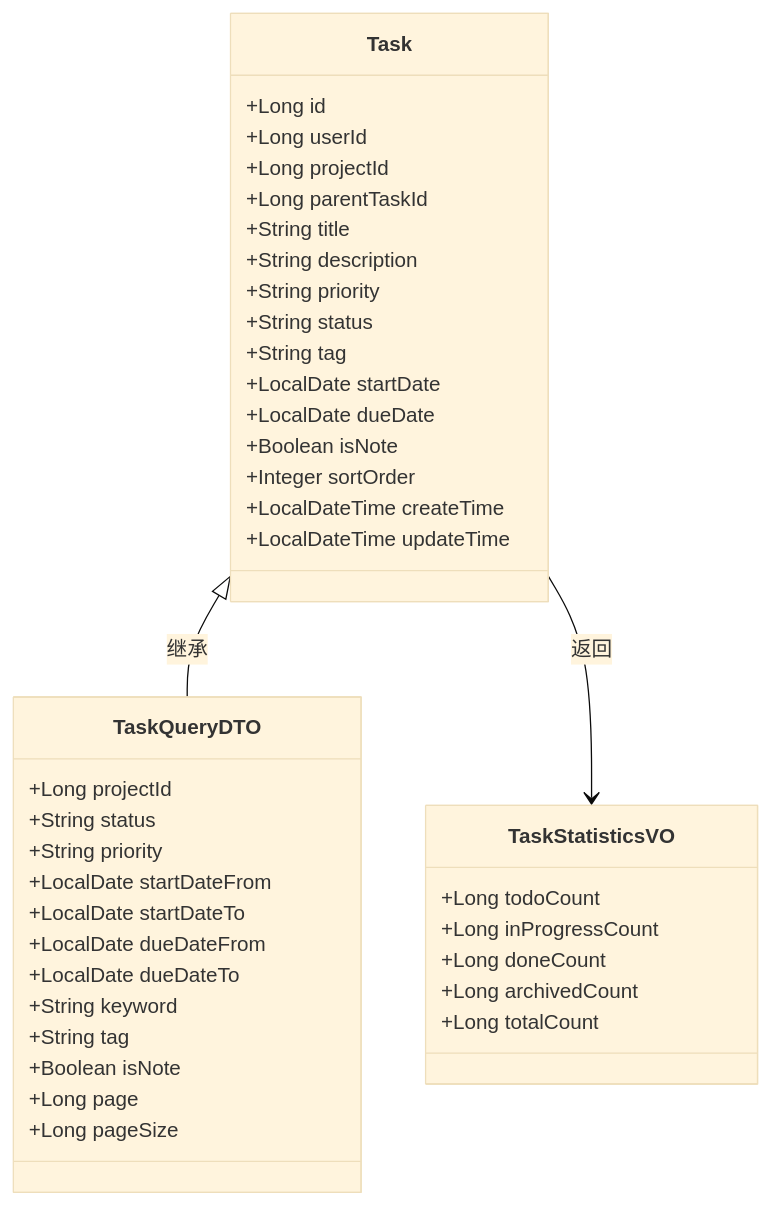
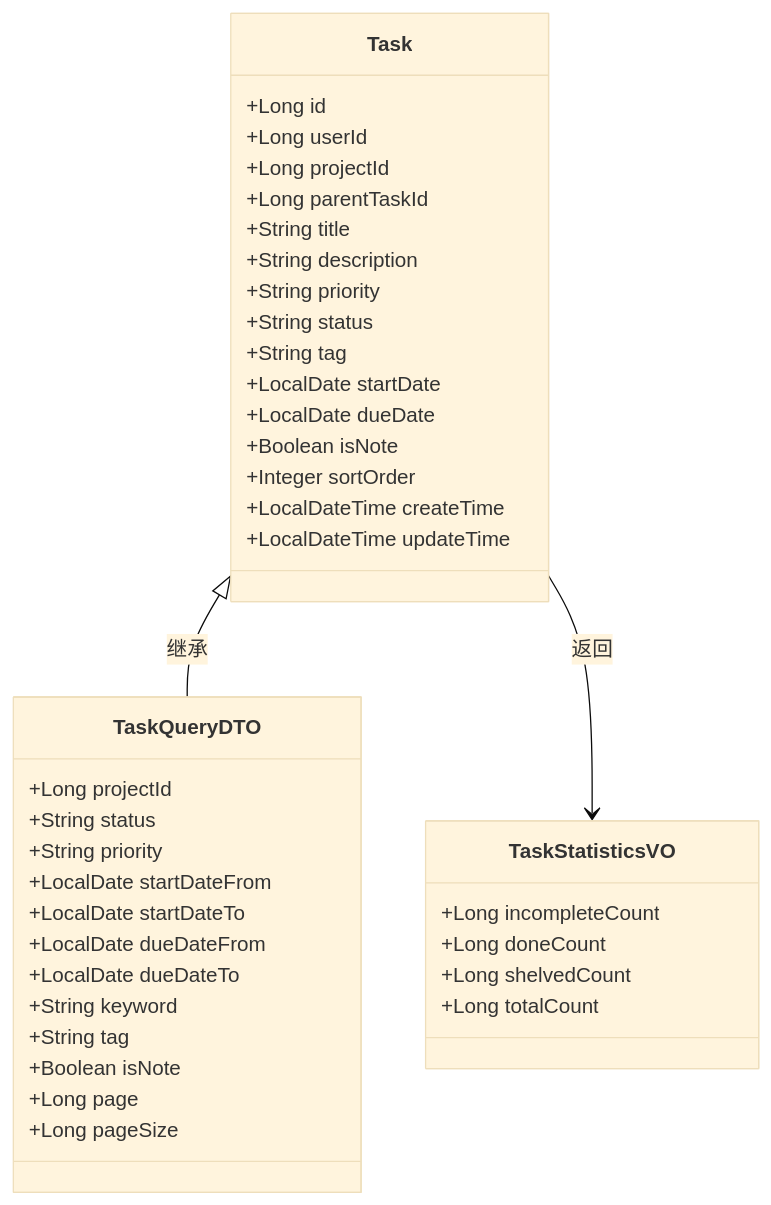
Before and after one commit to junjiechen66/newWorld: the third of 6 diagrams in .qoder/repowiki/zh/content/API接口文档/任务管理接口.md, drawn with Mermaid (base theme). The commit also changed other lines of this file and 70 other files, not shown here.

````diff
--- a/.qoder/repowiki/zh/content/API接口文档/任务管理接口.md
+++ b/.qoder/repowiki/zh/content/API接口文档/任务管理接口.md
@@ -135,43 +143,42 @@
 ```mermaid
 classDiagram
 class Task {
 +Long id
 +Long userId
 +Long projectId
 +Long parentTaskId
 +String title
 +String description
 +String priority
 +String status
 +String tag
 +LocalDate startDate
 +LocalDate dueDate
 +Boolean isNote
 +Integer sortOrder
 +LocalDateTime createTime
 +LocalDateTime updateTime
 }
 class TaskQueryDTO {
 +Long projectId
 +String status
 +String priority
 +LocalDate startDateFrom
 +LocalDate startDateTo
 +LocalDate dueDateFrom
 +LocalDate dueDateTo
 +String keyword
 +String tag
 +Boolean isNote
 +Long page
 +Long pageSize
 }
 class TaskStatisticsVO {
-+Long todoCount
-+Long inProgressCount
++Long incompleteCount
 +Long doneCount
-+Long archivedCount
++Long shelvedCount
 +Long totalCount
 }
 Task <|-- TaskQueryDTO : 继承
 Task --> TaskStatisticsVO : 返回
 ```
````
